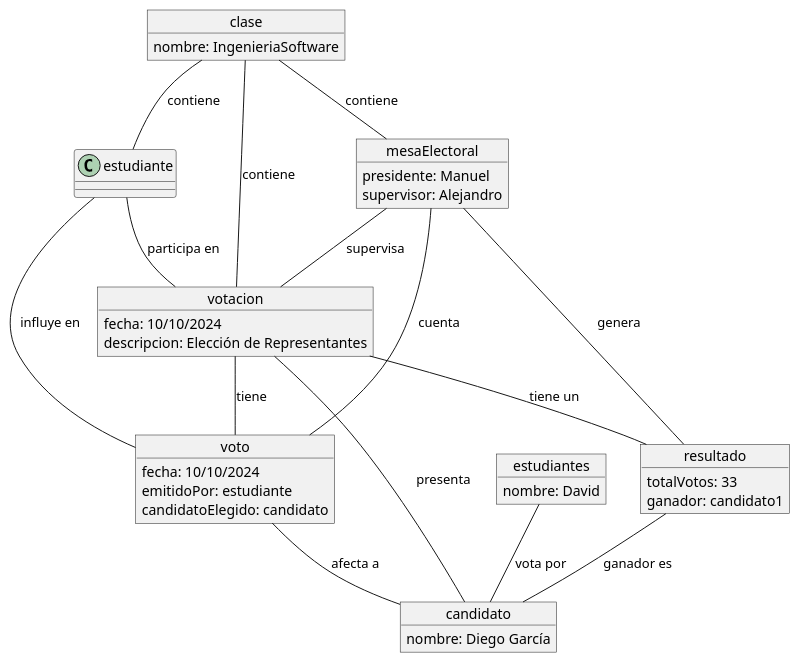
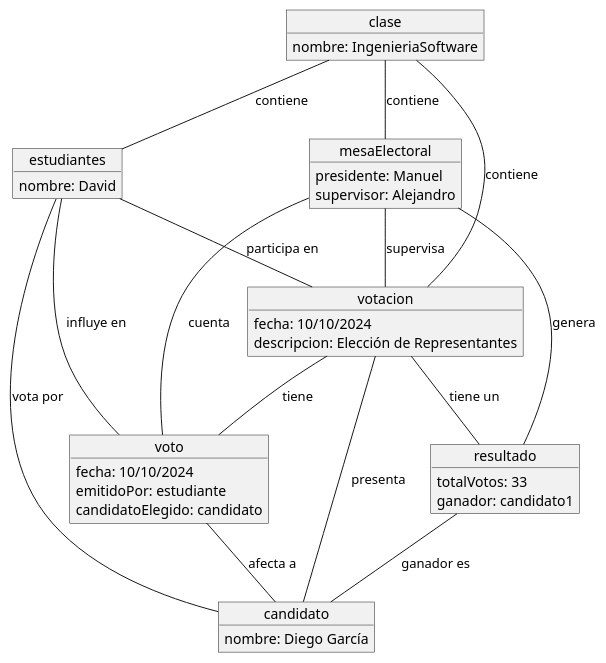
The diagram in entregas/garciaDavid/Ejercicio10_10/diagramaObjetosvotacion.puml (mmasias/24-25-IdSw1), drawn with PlantUML before and after one commit.

```diff
--- a/entregas/garciaDavid/Ejercicio10_10/diagramaObjetosvotacion.puml
+++ b/entregas/garciaDavid/Ejercicio10_10/diagramaObjetosvotacion.puml
@@ -1,50 +1,50 @@
 @startuml
 object clase {
   nombre: IngenieriaSoftware
 }
 
 object votacion {
   fecha: 10/10/2024
   descripcion: Elección de Representantes
 }
 
 object resultado {
   totalVotos: 33
   ganador: candidato1
 }
 
 object estudiantes {
   nombre: David
 }
 
 object candidato {
   nombre: Diego García
 }
 
 
 object voto {
   fecha: 10/10/2024
   emitidoPor: estudiante
   candidatoElegido: candidato
 }
 
 object mesaElectoral {
   presidente: Manuel
   supervisor: Alejandro
 }
 
 clase-- votacion : "contiene"
 clase -- mesaElectoral : "contiene"
 mesaElectoral -- votacion : "supervisa"
 mesaElectoral -- voto : "cuenta"
 mesaElectoral -- resultado : "genera"
 votacion -- candidato : "presenta"
 votacion -- voto : "tiene"
 votacion -- resultado : "tiene un"
 resultado -- candidato : "ganador es"
-estudiante -- voto : "influye en"
+estudiantes -- voto : "influye en"
 voto -- candidato : "afecta a"
 estudiantes -- candidato : "vota por"
-clase -- estudiante : "contiene"
-estudiante -- votacion : "participa en"
+clase -- estudiantes : "contiene"
+estudiantes-- votacion : "participa en"
 @enduml
```
